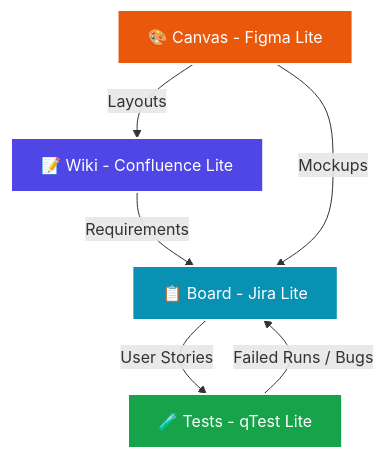
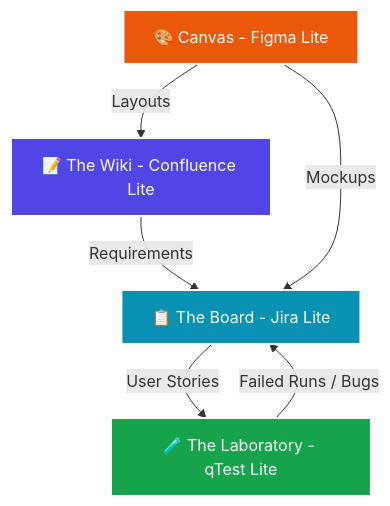
The diagram in README.md (gr1mm4g3v2/monolith), drawn with Mermaid before and after one commit. The commit also changed other lines of this file and 6 other files, not shown here.

````diff
--- a/README.md
+++ b/README.md
@@ -13,13 +13,13 @@
 ```mermaid
 graph TD
-    Wiki[📝 Wiki - Confluence Lite] -->|Requirements| Board[📋 Board - Jira Lite]
-    Board -->|User Stories| Tests[🧪 Tests - qTest Lite]
+    Wiki[📝 The Wiki - Confluence Lite] -->|Requirements| Board[📋 The Board - Jira Lite]
+    Board -->|User Stories| Tests[🧪 The Laboratory - qTest Lite]
     Canvas[🎨 Canvas - Figma Lite] -->|Mockups| Board
     Canvas -->|Layouts| Wiki
     Tests -->|Failed Runs / Bugs| Board
     
     style Wiki fill:#4F46E5,stroke:#fff,stroke-width:2px,color:#fff
     style Board fill:#0891B2,stroke:#fff,stroke-width:2px,color:#fff
     style Canvas fill:#EA580C,stroke:#fff,stroke-width:2px,color:#fff
     style Tests fill:#16A34A,stroke:#fff,stroke-width:2px,color:#fff
 ```
````
